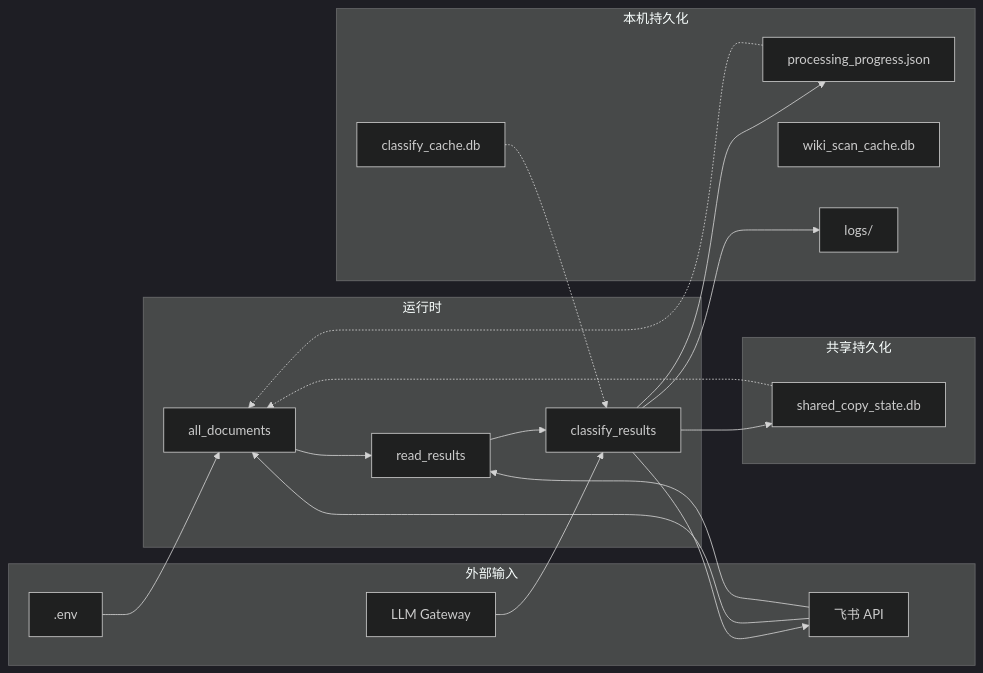
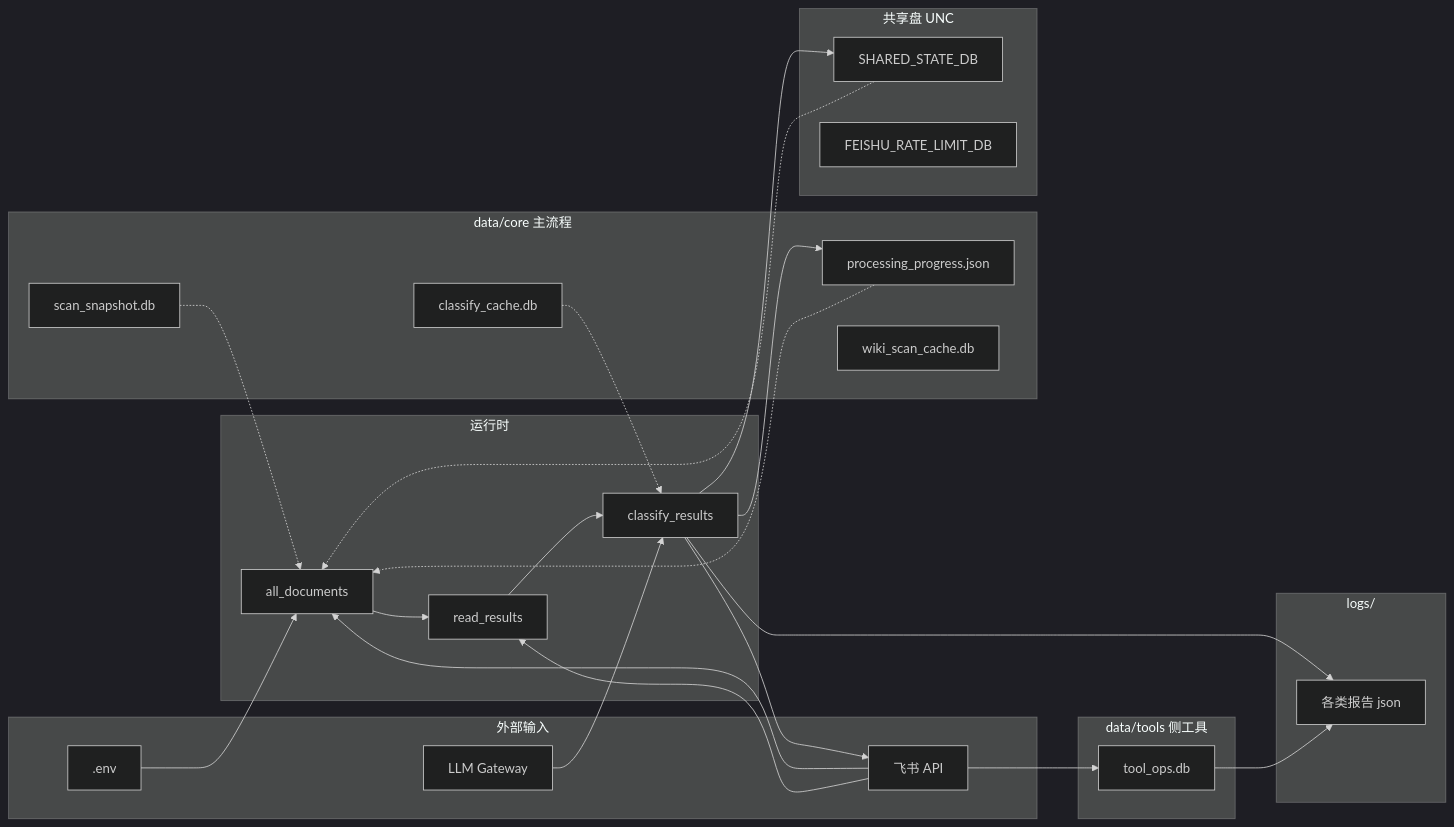
One commit to Leonard49/AI_DocClassifier changed diagram 11 of 13 in docs/AI_DocClassifier说明文档.md. Above: the diagram before and after it, drawn with Mermaid (dark theme). The commit also changed other lines of this file and 1 other file, not shown here.

First line of the commit message:
Sync flowcharts and document Core/Tools collaboration end-to-end.

````diff
--- a/docs/AI_DocClassifier说明文档.md
+++ b/docs/AI_DocClassifier说明文档.md
@@ -1006,39 +1022,51 @@
 ```mermaid
 flowchart LR
     subgraph INPUT["外部输入"]
         ENV[".env"]
         FEISHU["飞书 API"]
         LLM["LLM Gateway"]
     end
 
     subgraph RUNTIME["运行时"]
         DOCS["all_documents"]
         READ["read_results"]
         TAGS["classify_results"]
     end
 
-    subgraph LOCAL["本机持久化"]
+    subgraph COREDATA["data/core 主流程"]
         PP["processing_progress.json"]
         CC["classify_cache.db"]
         WC["wiki_scan_cache.db"]
-        LOG["logs/"]
+        SNAP["scan_snapshot.db"]
     end
 
-    subgraph SHARED["共享持久化"]
-        SS["shared_copy_state.db"]
+    subgraph TOOLDATA["data/tools 侧工具"]
+        OPS["tool_ops.db"]
+    end
+
+    subgraph SHARED["共享盘 UNC"]
+        SS["SHARED_STATE_DB"]
+        RL["FEISHU_RATE_LIMIT_DB"]
+    end
+
+    subgraph LOGS["logs/"]
+        LOG["各类报告 json"]
     end
 
     ENV --> DOCS
     FEISHU --> DOCS
     PP -.-> DOCS
     SS -.-> DOCS
     DOCS --> READ
     FEISHU --> READ
     READ --> TAGS
     CC -.-> TAGS
     LLM --> TAGS
     TAGS --> FEISHU
     TAGS --> PP
     TAGS --> SS
     TAGS --> LOG
+    SNAP -.-> DOCS
+    FEISHU --> OPS
+    OPS --> LOG
 ```
````
